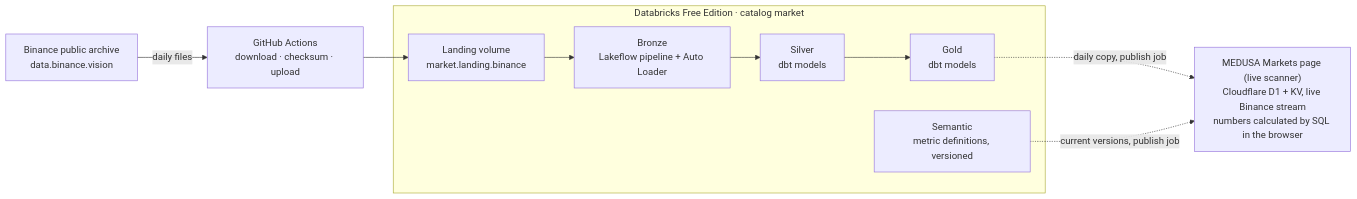
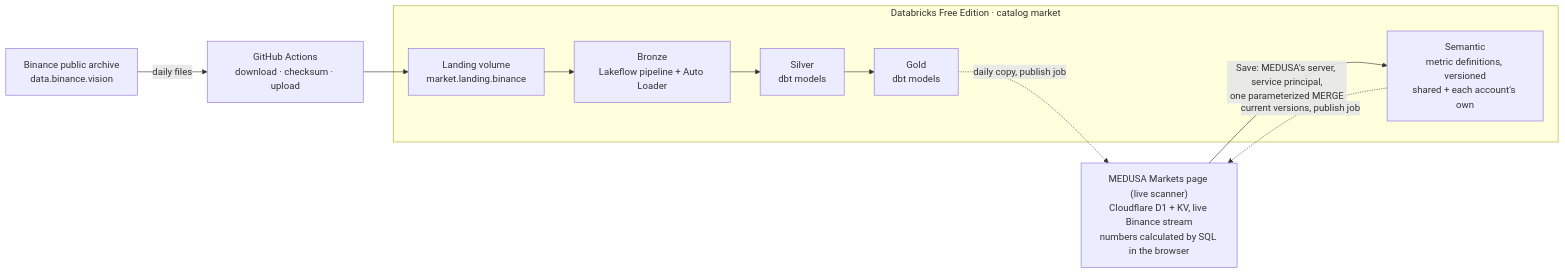
The diagram in lakehouse/README.md (shivam65-sketch/medusa), drawn with Mermaid before and after one commit. The commit also changed other lines of this file and 10 other files, not shown here.

````diff
--- a/lakehouse/README.md
+++ b/lakehouse/README.md
@@ -15,13 +17,14 @@
 ```mermaid
 flowchart LR
   A["Binance public archive<br>data.binance.vision"] -->|daily files| B["GitHub Actions<br>download · checksum · upload"]
   B --> C["Landing volume<br>market.landing.binance"]
   subgraph D["Databricks Free Edition · catalog market"]
     C --> E["Bronze<br>Lakeflow pipeline + Auto Loader"]
     E --> F["Silver<br>dbt models"]
     F --> G["Gold<br>dbt models"]
-    S["Semantic<br>metric definitions, versioned"]
+    S["Semantic<br>metric definitions, versioned<br>shared + each account's own"]
   end
   G -.->|daily copy, publish job| I
   S -.->|current versions, publish job| I["MEDUSA Markets page (live scanner)<br>Cloudflare D1 + KV, live Binance stream<br>numbers calculated by SQL in the browser"]
+  I -->|"Save: MEDUSA's server, service principal,<br>one parameterized MERGE"| S
 ```
````
